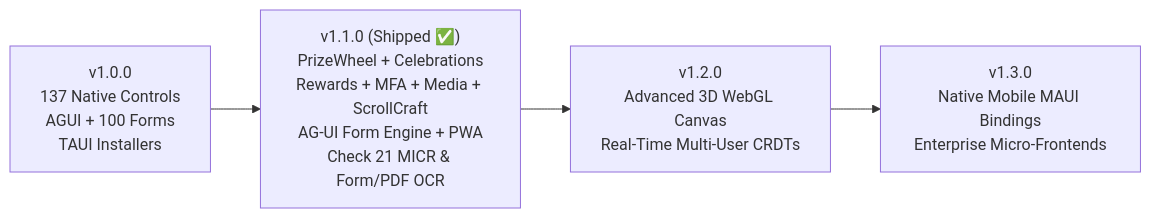
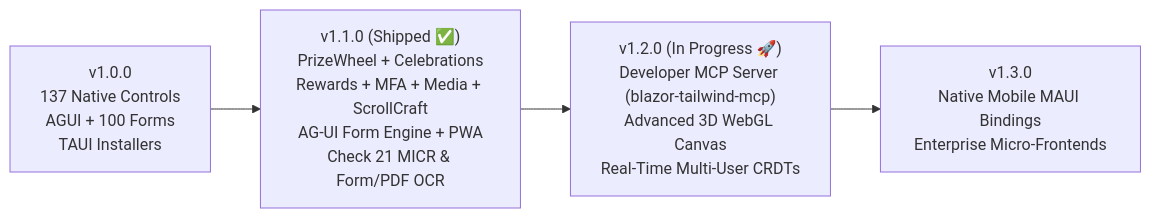
One commit to donpotts/BlazorTailwindUI changed the diagram in docs/ROADMAP.md. Above: the diagram before and after it, drawn with Mermaid. The commit also changed other lines of this file and 1 other file, not shown here.

Commit message:
docs: add Developer MCP Server (blazor-tailwind-mcp) to roadmap and executive overview

````diff
--- a/docs/ROADMAP.md
+++ b/docs/ROADMAP.md
@@ -214,6 +251,6 @@
 ```mermaid
 flowchart LR
     A["v1.0.0<br/>137 Native Controls<br/>AGUI + 100 Forms<br/>TAUI Installers"] --> B["v1.1.0 (Shipped ✅)<br/>PrizeWheel + Celebrations<br/>Rewards + MFA + Media + ScrollCraft<br/>AG-UI Form Engine + PWA<br/>Check 21 MICR & Form/PDF OCR"]
-    B --> C["v1.2.0<br/>Advanced 3D WebGL Canvas<br/>Real-Time Multi-User CRDTs"]
+    B --> C["v1.2.0 (In Progress 🚀)<br/>Developer MCP Server (blazor-tailwind-mcp)<br/>Advanced 3D WebGL Canvas<br/>Real-Time Multi-User CRDTs"]
     C --> D["v1.3.0<br/>Native Mobile MAUI Bindings<br/>Enterprise Micro-Frontends"]
 ```
````
